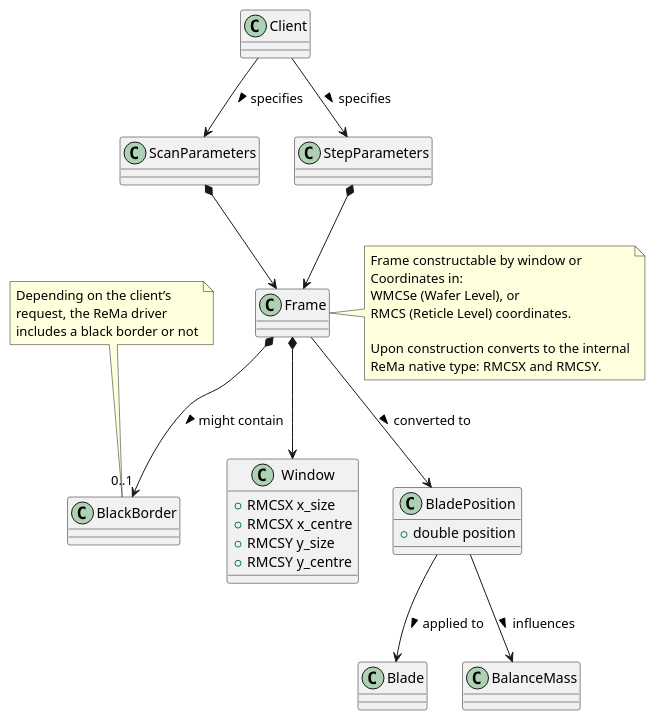
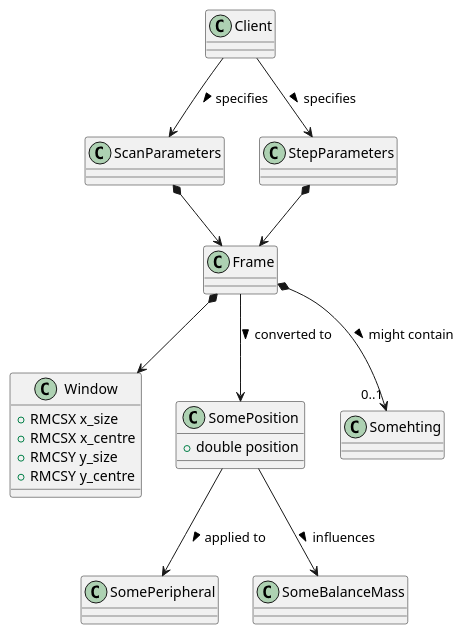
Before and after one commit to QuickSander/scratchboard: the diagram in eds_rema_software_euv2/domain_model.plantuml, drawn with PlantUML.

```diff
--- a/eds_rema_software_euv2/domain_model.plantuml
+++ b/eds_rema_software_euv2/domain_model.plantuml
@@ -1,41 +1,27 @@
 @startuml
 class Window {
   + RMCSX x_size
   + RMCSX x_centre
   + RMCSY y_size
   + RMCSY y_centre
 }
 
-class BladePosition {
+class SomePosition {
   + double position
 }
 
 Client --> ScanParameters : specifies >
 Client --> StepParameters : specifies >
 ScanParameters *--> Frame
 StepParameters *--> Frame
 
 Frame *--> Window
-note right of Frame
-   Frame constructable by window or
-   Coordinates in:
-   WMCSe (Wafer Level), or
-   RMCS (Reticle Level) coordinates.
 
-   Upon construction converts to the internal
-   ReMa native type: RMCSX and RMCSY.
-end note
+Frame *--> “0..1” Somehting : might contain >
 
-Frame *--> “0..1” BlackBorder : might contain >
-note top of BlackBorder
-   Depending on the client’s
-   request, the ReMa driver
-   includes a black border or not
-end note
-
-Frame --> BladePosition : converted to >
-BladePosition --> Blade : applied to >
-BladePosition --> BalanceMass : influences > 
+Frame --> SomePosition : converted to >
+SomePosition --> SomePeripheral : applied to >
+SomePosition --> SomeBalanceMass : influences > 
 
 
 @enduml
```
